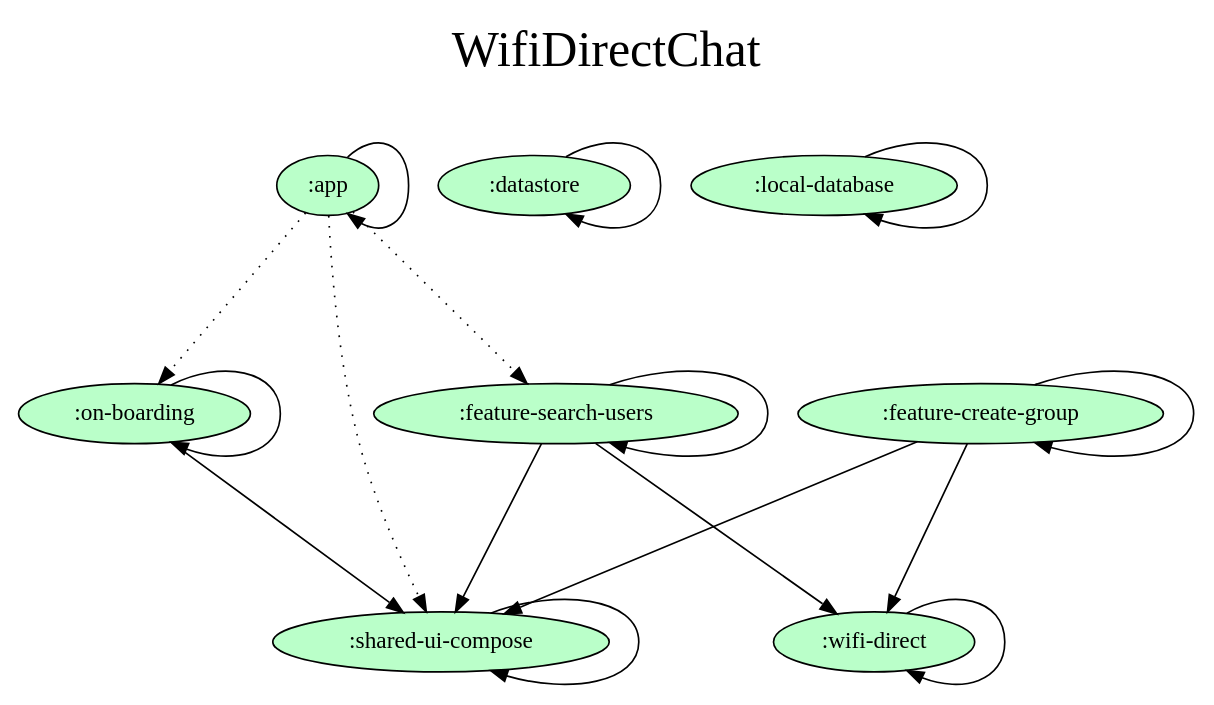
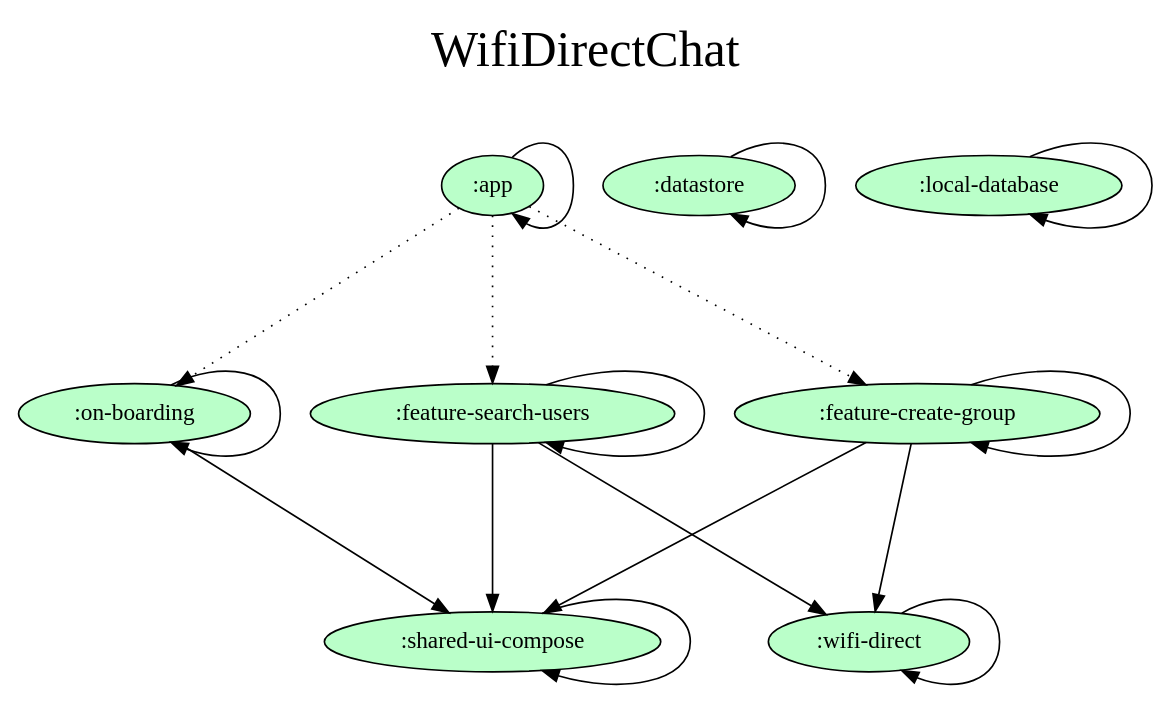
Before and after one commit to SilvVF/wd-chat: the diagram in dependency-graph/project.dot, drawn with Graphviz. The commit also changed 2 other files, not shown here.

Commit message:
update dependency graph image

```diff
--- a/dependency-graph/project.dot
+++ b/dependency-graph/project.dot
@@ -1,37 +1,37 @@
 digraph {
   graph [label="WifiDirectChat\n ",labelloc=t,fontsize=30,ranksep=1.4];
   node [style=filled, fillcolor="#bbbbbb"];
   rankdir=TB;
 
   # Projects
 
   ":app" [fillcolor="#baffc9"];
   ":datastore" [fillcolor="#baffc9"];
   ":feature-create-group" [fillcolor="#baffc9"];
   ":feature-search-users" [fillcolor="#baffc9"];
   ":local-database" [fillcolor="#baffc9"];
   ":on-boarding" [fillcolor="#baffc9"];
   ":shared-ui-compose" [fillcolor="#baffc9"];
   ":wifi-direct" [fillcolor="#baffc9"];
 
   {rank = same;}
 
   # Dependencies
 
   ":app" -> ":app"
   ":app" -> ":on-boarding" [style=dotted]
-  ":app" -> ":shared-ui-compose" [style=dotted]
   ":app" -> ":feature-search-users" [style=dotted]
+  ":app" -> ":feature-create-group" [style=dotted]
   ":shared-ui-compose" -> ":shared-ui-compose"
   ":feature-create-group" -> ":shared-ui-compose"
   ":feature-create-group" -> ":wifi-direct"
   ":feature-create-group" -> ":feature-create-group"
   ":datastore" -> ":datastore"
   ":feature-search-users" -> ":shared-ui-compose"
   ":feature-search-users" -> ":wifi-direct"
   ":feature-search-users" -> ":feature-search-users"
   ":on-boarding" -> ":shared-ui-compose"
   ":on-boarding" -> ":on-boarding"
   ":wifi-direct" -> ":wifi-direct"
   ":local-database" -> ":local-database"
 }
```
